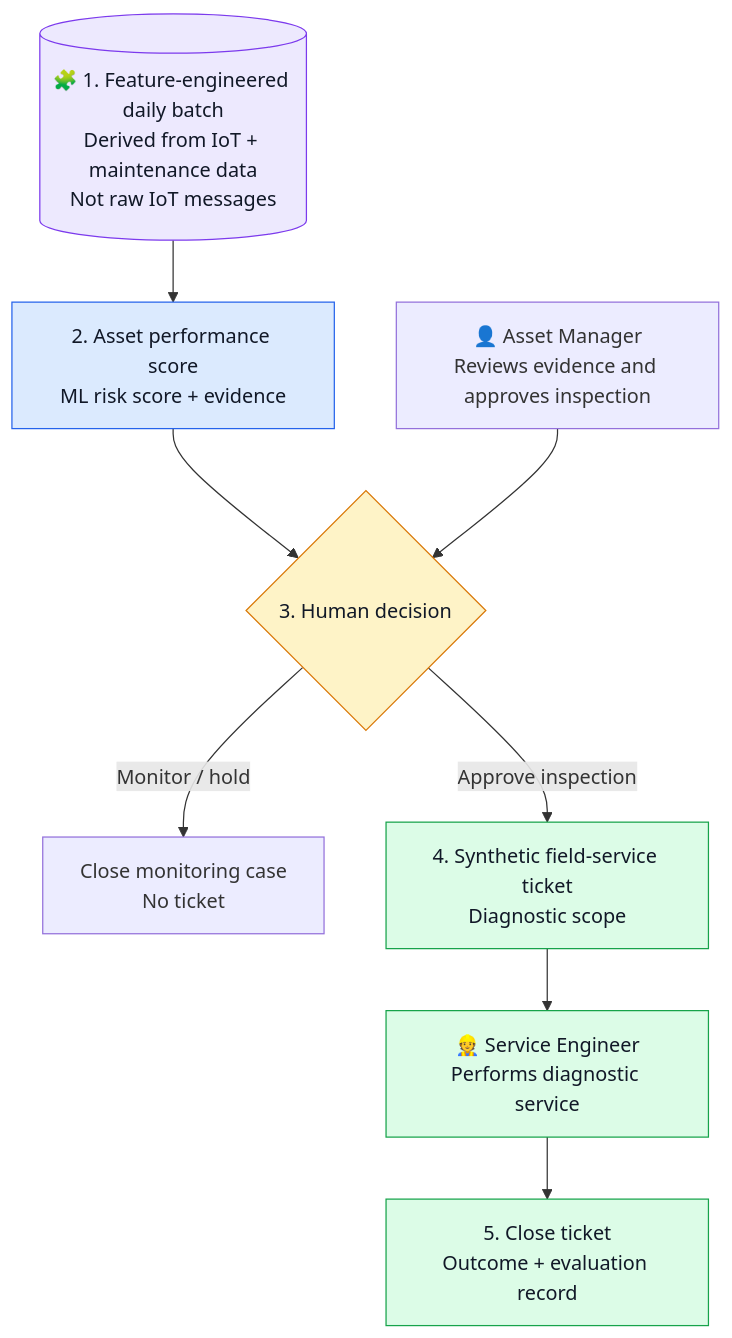
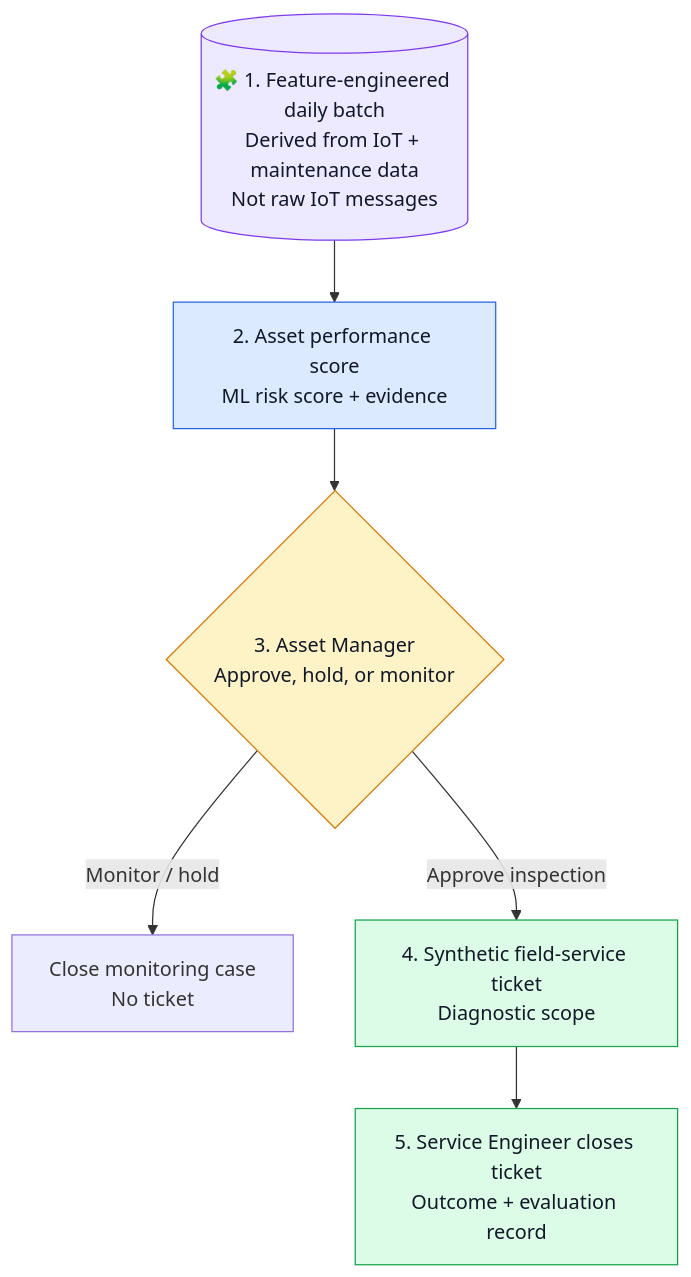
The diagram in README.md (fmlin0429712024/industrial-operations-ai-poc), drawn with Mermaid before and after one commit.

Commit message:
Keep workflow personas within core steps

````diff
--- a/README.md
+++ b/README.md
@@ -9,19 +9,17 @@
 ```mermaid
 flowchart TD
     A[("🧩 1. Feature-engineered daily batch<br/>Derived from IoT + maintenance data<br/>Not raw IoT messages")] --> B["2. Asset performance score<br/>ML risk score + evidence"]
-    B --> C{"3. Human decision"}
-    P1["👤 Asset Manager<br/>Reviews evidence and approves inspection"] --> C
+    B --> C{"3. Asset Manager<br/>Approve, hold, or monitor"}
     C -->|"Monitor / hold"| D["Close monitoring case<br/>No ticket"]
     C -->|"Approve inspection"| E["4. Synthetic field-service ticket<br/>Diagnostic scope"]
-    E --> P2["👷 Service Engineer<br/>Performs diagnostic service"]
-    P2 --> F["5. Close ticket<br/>Outcome + evaluation record"]
+    E --> F["5. Service Engineer closes ticket<br/>Outcome + evaluation record"]
 
     classDef data fill:#ede9fe,stroke:#7c3aed,color:#111827;
     classDef model fill:#dbeafe,stroke:#2563eb,color:#111827;
     classDef gate fill:#fef3c7,stroke:#d97706,color:#111827;
     classDef ticket fill:#dcfce7,stroke:#16a34a,color:#111827;
     class A data;
     class B model;
     class C gate;
-    class E,F,P2 ticket;
+    class E,F ticket;
 ```
````
